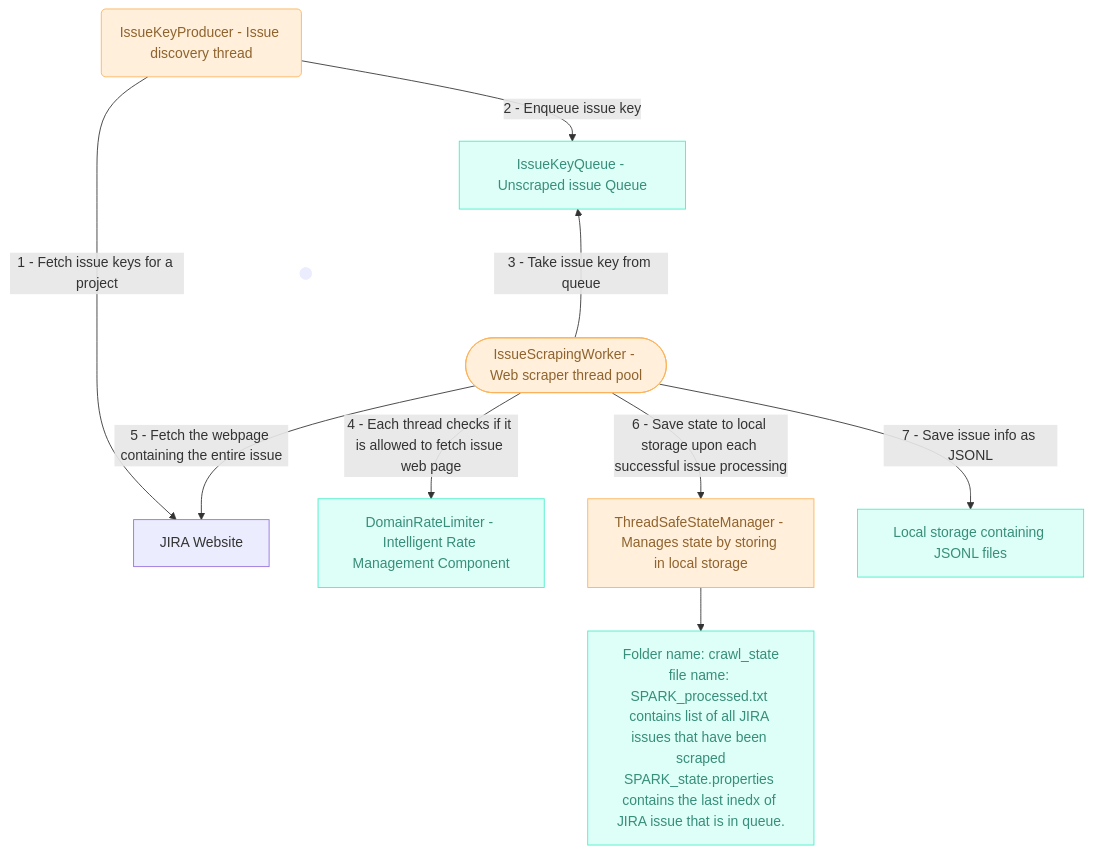
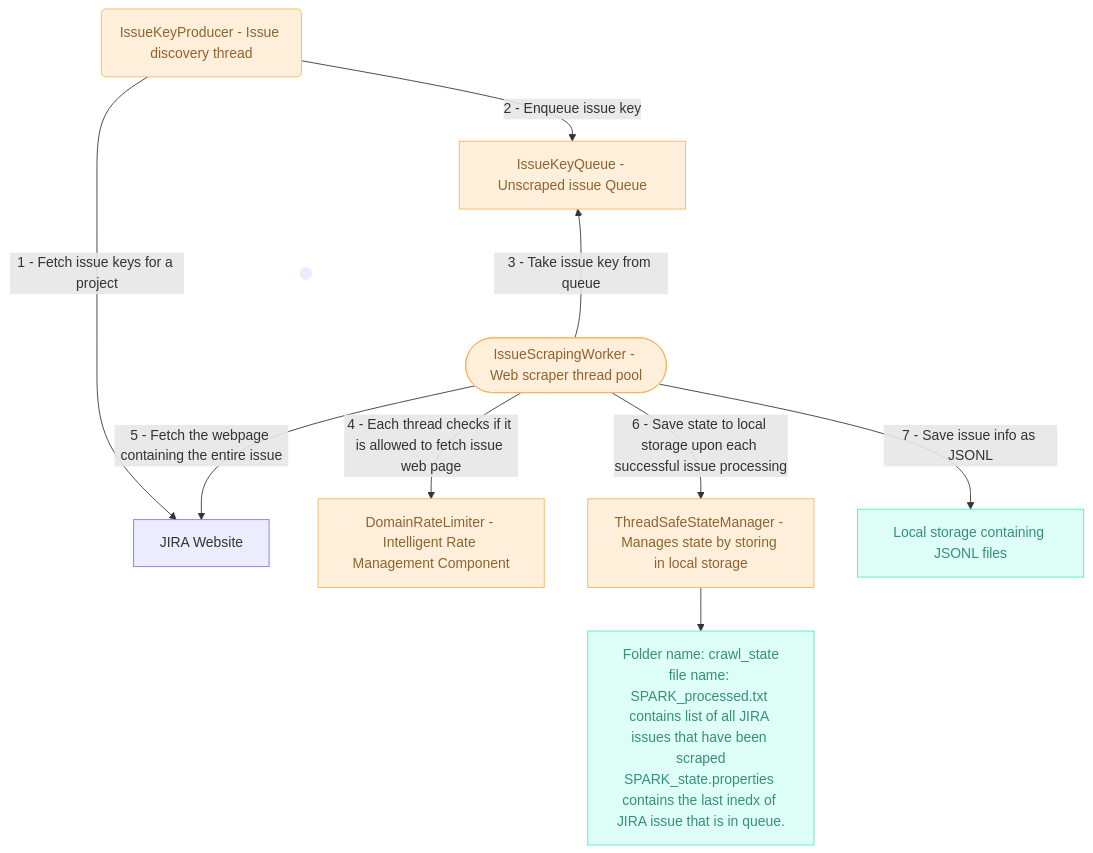
The diagram in README.md (nakulh/JIRA-CRAWLER), drawn with Mermaid before and after one commit.

Commit message:
update diagram

````diff
--- a/README.md
+++ b/README.md
@@ -6,31 +6,31 @@
 ```mermaid
 flowchart TD
     A["IssueKeyProducer - Issue discovery thread"] -- "2 - Enqueue issue key" --> B["IssueKeyQueue - Unscraped issue Queue"]
     A -- "1 - Fetch issue keys for a project" --> n1["JIRA Website"]
     A ~~~ D1[" "]
     B ~~~ D1
     n1 ~~~ D1
     D1 ~~~ C(["IssueScrapingWorker - Web scraper thread pool"])
     C -- "3 - Take issue key from queue" --> B
     C -- "4 - Each thread checks if it is allowed to fetch issue web page" --> n2["DomainRateLimiter - Intelligent Rate Management Component"]
     C -- "5 - Fetch the webpage containing the entire issue" --> n1
     C -- "6 - Save state to local storage upon each successful issue processing" --> n3["ThreadSafeStateManager - Manages state by storing in local storage"]
     C -- "7 - Save issue info as JSONL" --> n4["Local storage containing JSONL files"]
     n3 --> n5["Folder name: crawl_state<br>file name: SPARK_processed.txt contains list of all JIRA issues that have been scraped<br>SPARK_state.properties contains the last inedx of JIRA issue that is in queue."]
 
     A@{ shape: rounded}
     B@{ shape: rect}
     n1@{ shape: rect}
     D1@{ shape: fr-circ}
      A:::Peach
-     B:::Aqua
+     B:::Peach
      C:::Peach
-     n2:::Aqua
+     n2:::Peach
      n3:::Peach
      n4:::Aqua
      n5:::Aqua
+    classDef Aqua stroke-width:1px, stroke-dasharray:none, stroke:#46EDC8, fill:#DEFFF8, color:#378E7A
     classDef Peach stroke-width:1px, stroke-dasharray:none, stroke:#FBB35A, fill:#FFEFDB, color:#8F632D
-    classDef Aqua stroke-width:1px, stroke-dasharray:none, stroke:#46EDC8, fill:#DEFFF8, color:#378E7A
     style D1 stroke-width:1px,stroke-dasharray: 1,stroke:none
     linkStyle 5 stroke:none,fill:none
 ```
````
